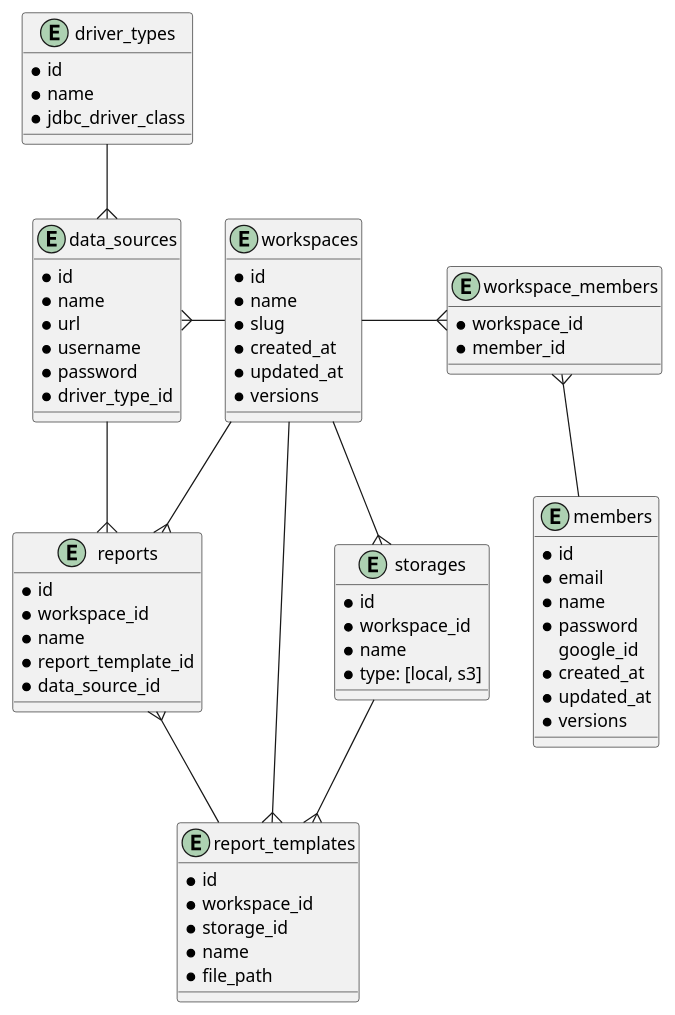
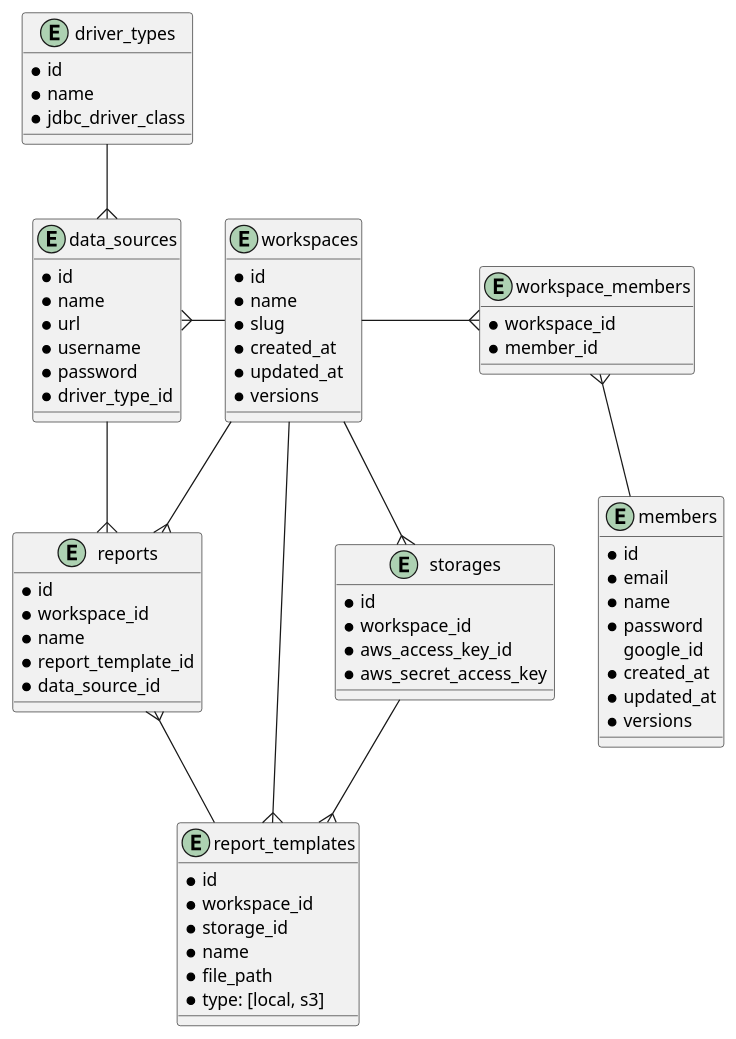
The diagram in docs/db/diagram.puml (ijufumi/openreports-api), drawn with PlantUML before and after one commit.

Commit message:
Modify storage

```diff
--- a/docs/db/diagram.puml
+++ b/docs/db/diagram.puml
@@ -1,77 +1,78 @@
 @startuml
 
 entity members {
   * id
   * email
   * name
   * password
     google_id
   * created_at
   * updated_at
   * versions
 }
 
 entity workspaces {
   * id
   * name
   * slug
   * created_at
   * updated_at
   * versions
 }
 
 entity workspace_members {
   * workspace_id
   * member_id
 }
 
 entity data_sources {
   * id
   * name
   * url
   * username
   * password
   * driver_type_id
 }
 
 entity driver_types {
   * id
   * name
   * jdbc_driver_class
 }
 
 entity reports {
   * id
   * workspace_id
   * name
   * report_template_id
   * data_source_id
 }
 
 entity report_templates {
   * id
   * workspace_id
   * storage_id
   * name
   * file_path
+  * type: [local, s3]
 }
 
 entity storages {
   * id
   * workspace_id
-  * name
-  * type: [local, s3]
+  * aws_access_key_id
+  * aws_secret_access_key
 }
 
 workspaces --r{ workspace_members
 workspace_members }-- members
 workspaces --l{ data_sources
 workspaces --{ reports
 workspaces --{ report_templates
 reports }-- report_templates
 driver_types --{ data_sources
 data_sources --{ reports
 workspaces --{ storages
 storages --{ report_templates
 
 @enduml
```
